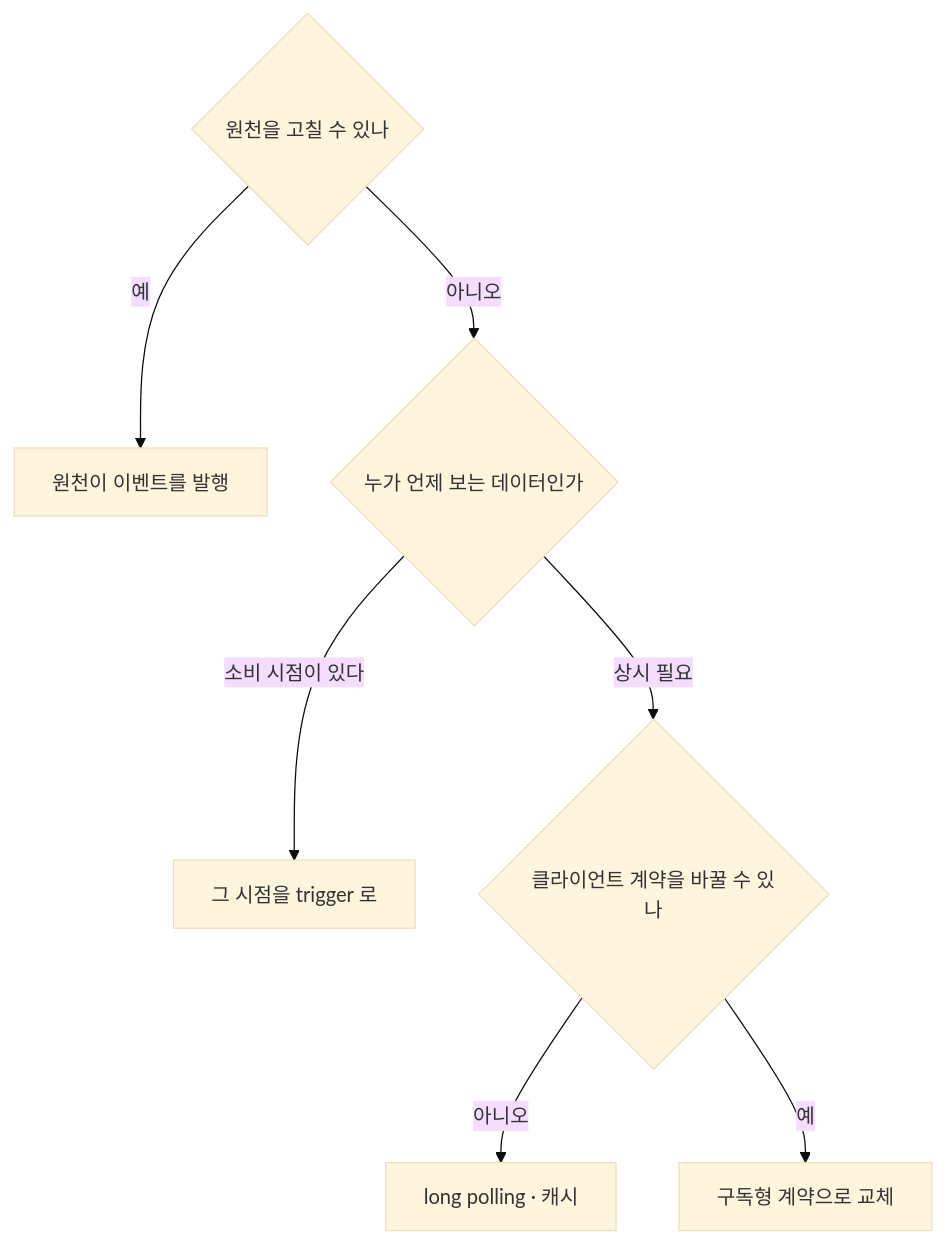
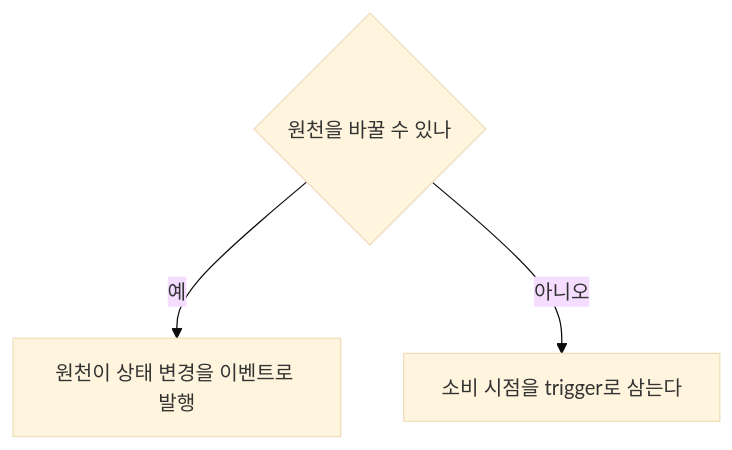
The diagram in _tech/polling-to-event-trigger.md (daunlee1128/daunlee1128.github.io), drawn with Mermaid (base theme) before and after one commit. The commit also changed other lines of this file, not shown here.

First line of the commit message:
feat(tech): polling-to-event-trigger 재작성 재게시

````diff
--- a/_tech/polling-to-event-trigger.md
+++ b/_tech/polling-to-event-trigger.md
@@ -90,9 +29,5 @@
 ```mermaid
 flowchart TD
-  A{원천을 고칠 수 있나} -->|예| B[원천이 이벤트를 발행]
-  A -->|아니오| C{누가 언제 보는 데이터인가}
-  C -->|소비 시점이 있다| D[그 시점을 trigger 로]
-  C -->|상시 필요| E{클라이언트 계약을 바꿀 수 있나}
-  E -->|아니오| F[long polling · 캐시]
-  E -->|예| G[구독형 계약으로 교체]
+  A{원천을 바꿀 수 있나} -->|예| B[원천이 상태 변경을 이벤트로 발행]
+  A -->|아니오| C[소비 시점을 trigger로 삼는다]
 ```
````
